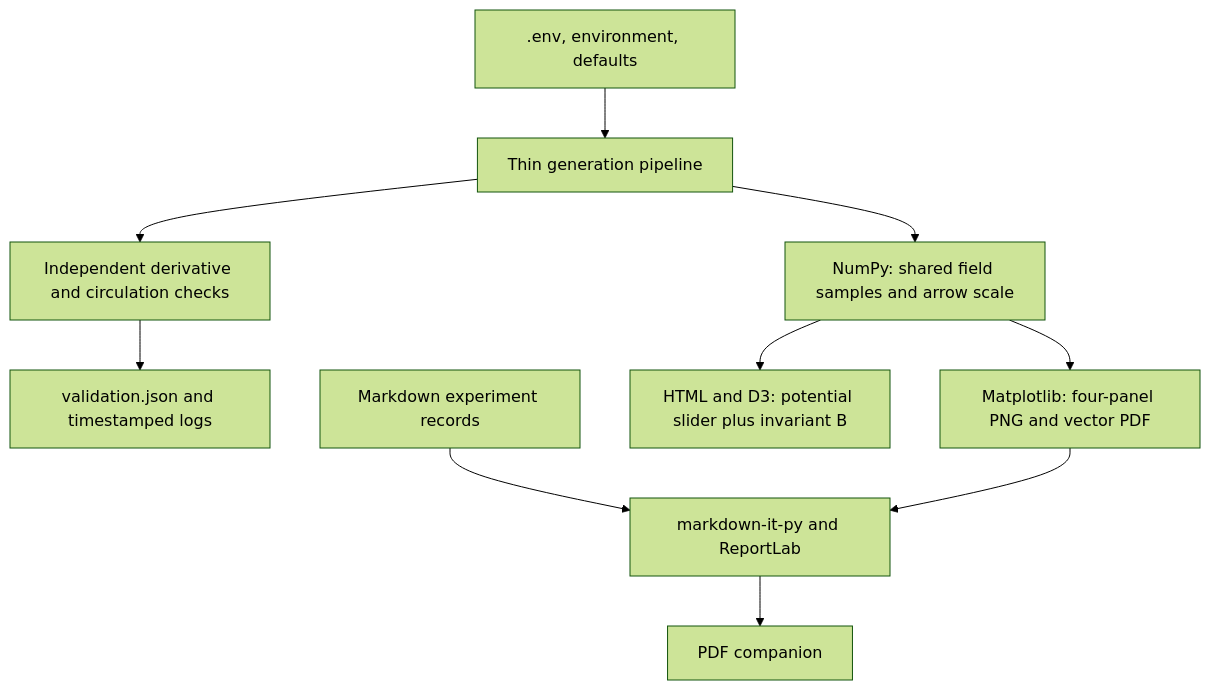
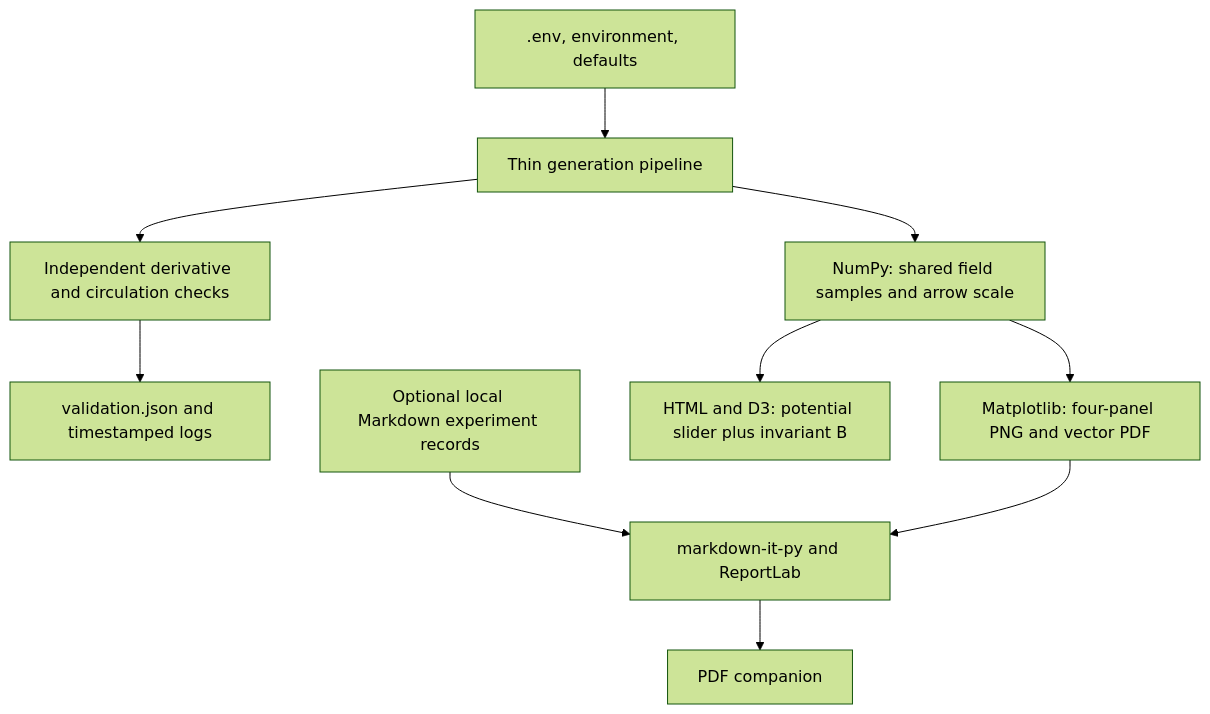
The diagram in README.md (BurnyCoder/magnetic-field-gauge-transformation), drawn with Mermaid (forest theme) before and after one commit. The commit also changed other lines of this file and 10 other files, not shown here.

Commit message:
chore: keep experiment reports local and ignored

````diff
--- a/README.md
+++ b/README.md
@@ -82,12 +88,12 @@
 ```mermaid
 flowchart TD
     Config[.env, environment, defaults] --> Entry[Thin generation pipeline]
     Entry --> Verify[Independent derivative and circulation checks]
     Verify --> Evidence[validation.json and timestamped logs]
     Entry --> Fields[NumPy: shared field samples and arrow scale]
     Fields --> Static[Matplotlib: four-panel PNG and vector PDF]
     Fields --> Interactive[HTML and D3: potential slider plus invariant B]
-    Reports[Markdown experiment records] --> Paper[markdown-it-py and ReportLab]
+    Reports[Optional local Markdown experiment records] --> Paper[markdown-it-py and ReportLab]
     Static --> Paper
     Paper --> PDF[PDF companion]
 ```
````
